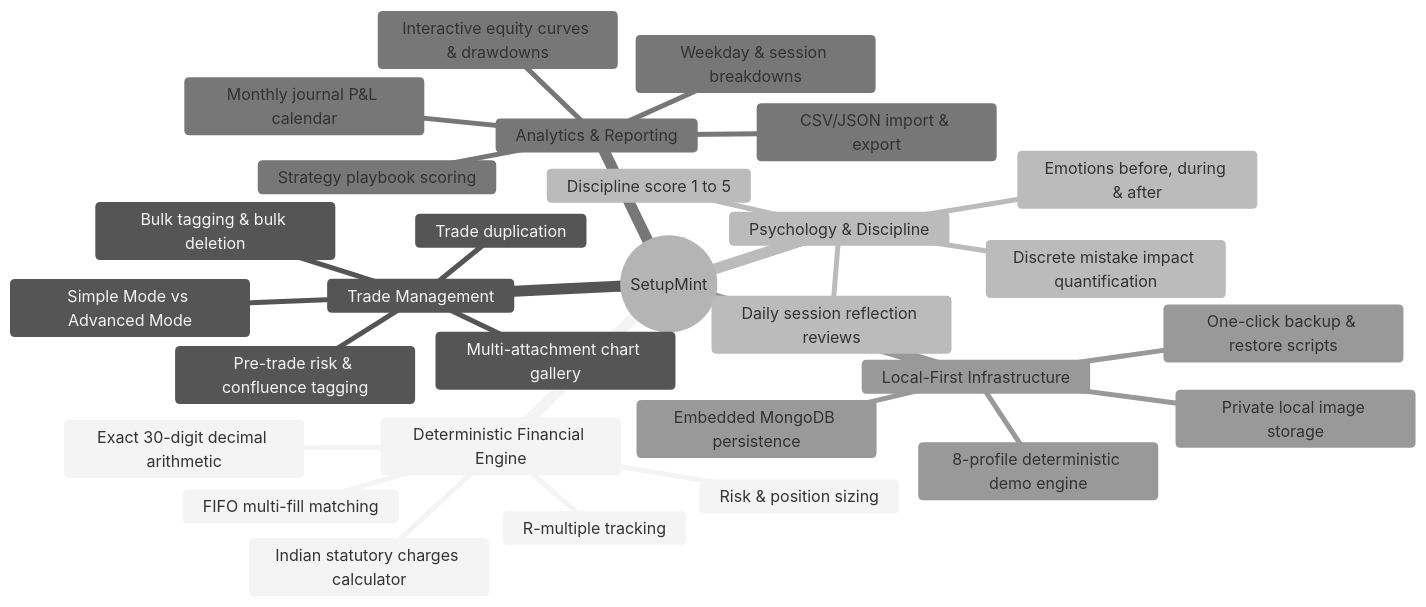
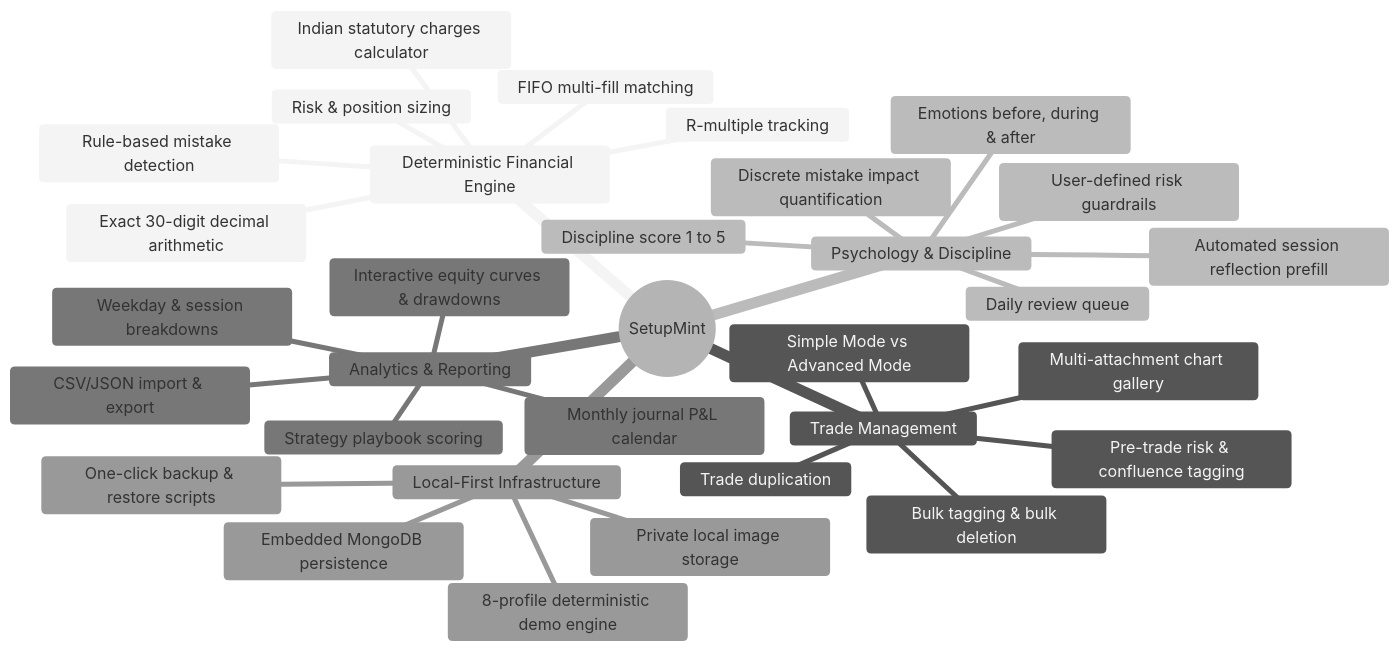
One commit to Rohsh00/SetupMint changed the diagram in docs/PRODUCT_OVERVIEW.md. Above: the diagram before and after it, drawn with Mermaid (neutral theme). The commit also changed other lines of this file and 34 other files, not shown here.

Commit message:
feat: add mistake detection and daily loss breach financial engine module

````diff
--- a/docs/PRODUCT_OVERVIEW.md
+++ b/docs/PRODUCT_OVERVIEW.md
@@ -48,32 +48,35 @@
 ```mermaid
 mindmap
   root((SetupMint))
     Deterministic Financial Engine
       Exact 30-digit decimal arithmetic
       FIFO multi-fill matching
       Indian statutory charges calculator
       Risk & position sizing
       R-multiple tracking
+      Rule-based mistake detection
     Trade Management
       Simple Mode vs Advanced Mode
       Pre-trade risk & confluence tagging
       Multi-attachment chart gallery
       Bulk tagging & bulk deletion
       Trade duplication
     Psychology & Discipline
       Emotions before, during & after
       Discipline score 1 to 5
       Discrete mistake impact quantification
-      Daily session reflection reviews
+      Daily review queue
+      Automated session reflection prefill
+      User-defined risk guardrails
     Analytics & Reporting
       Interactive equity curves & drawdowns
       Monthly journal P&L calendar
       Strategy playbook scoring
       Weekday & session breakdowns
       CSV/JSON import & export
     Local-First Infrastructure
       Embedded MongoDB persistence
       Private local image storage
       One-click backup & restore scripts
       8-profile deterministic demo engine
 ```
````
